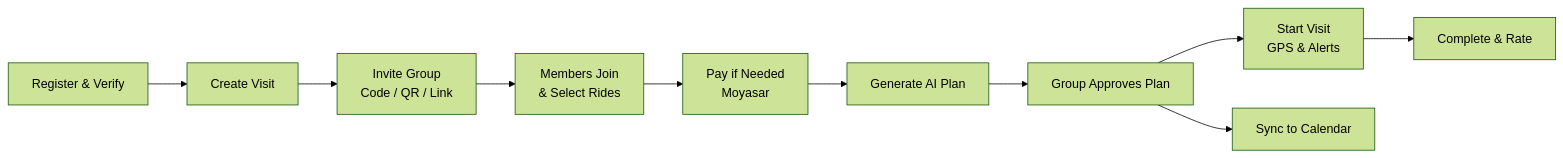
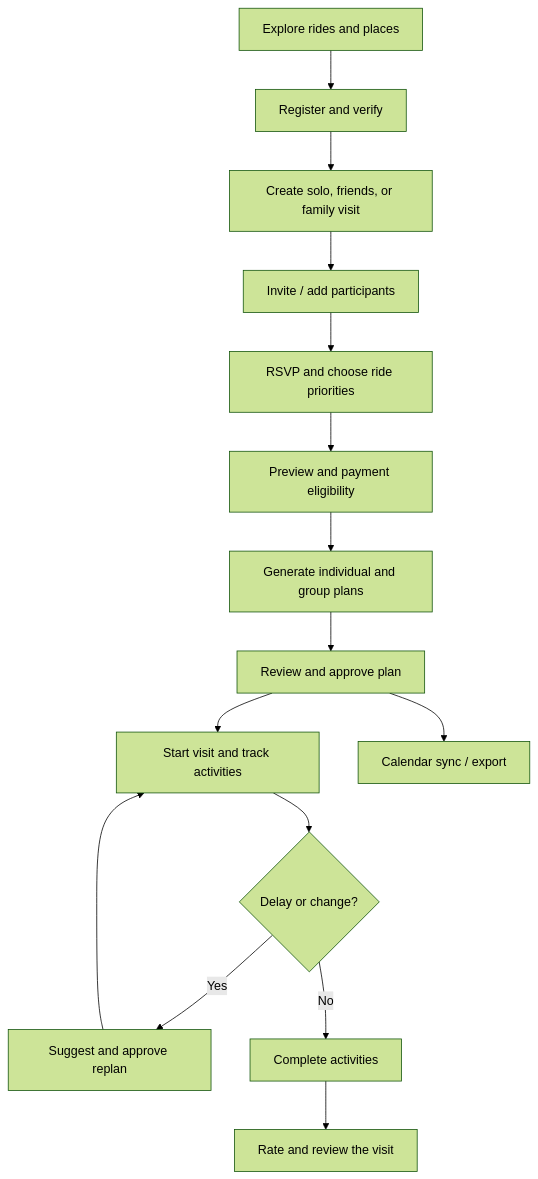
The first of 2 diagrams in SIKKA-main/README.md (mohammed-turk/Sikka), drawn with Mermaid (forest theme) before and after one commit. The commit also changed other lines of this file, not shown here.

````diff
--- a/SIKKA-main/README.md
+++ b/SIKKA-main/README.md
@@ -73,12 +100,17 @@
 ```mermaid
-flowchart LR
-    A[Register & Verify] --> B[Create Visit]
-    B --> C[Invite Group<br/>Code / QR / Link]
-    C --> D[Members Join<br/>& Select Rides]
-    D --> E[Pay if Needed<br/>Moyasar]
-    E --> F[Generate AI Plan]
-    F --> G[Group Approves Plan]
-    G --> H[Start Visit<br/>GPS & Alerts]
-    H --> I[Complete & Rate]
-    G --> J[Sync to Calendar]
+flowchart TD
+    A[Explore rides and places] --> B[Register and verify]
+    B --> C[Create solo, friends, or family visit]
+    C --> D[Invite / add participants]
+    D --> E[RSVP and choose ride priorities]
+    E --> F[Preview and payment eligibility]
+    F --> G[Generate individual and group plans]
+    G --> H[Review and approve plan]
+    H --> I[Start visit and track activities]
+    I --> J{Delay or change?}
+    J -->|Yes| K[Suggest and approve replan]
+    K --> I
+    J -->|No| L[Complete activities]
+    L --> M[Rate and review the visit]
+    H --> N[Calendar sync / export]
 ```
````
